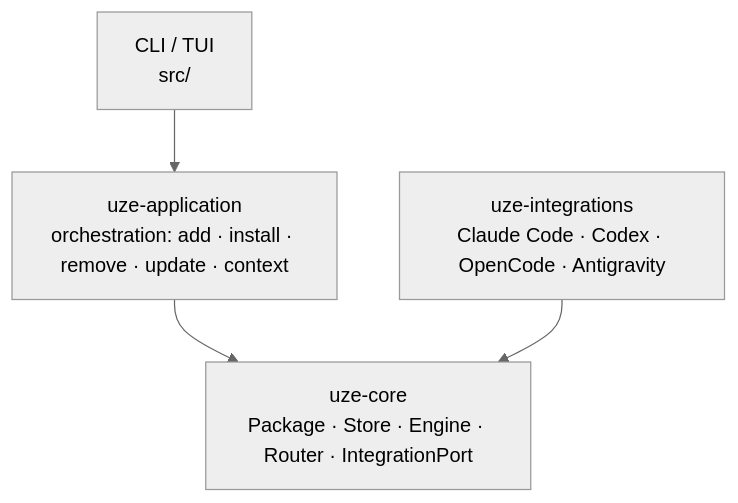
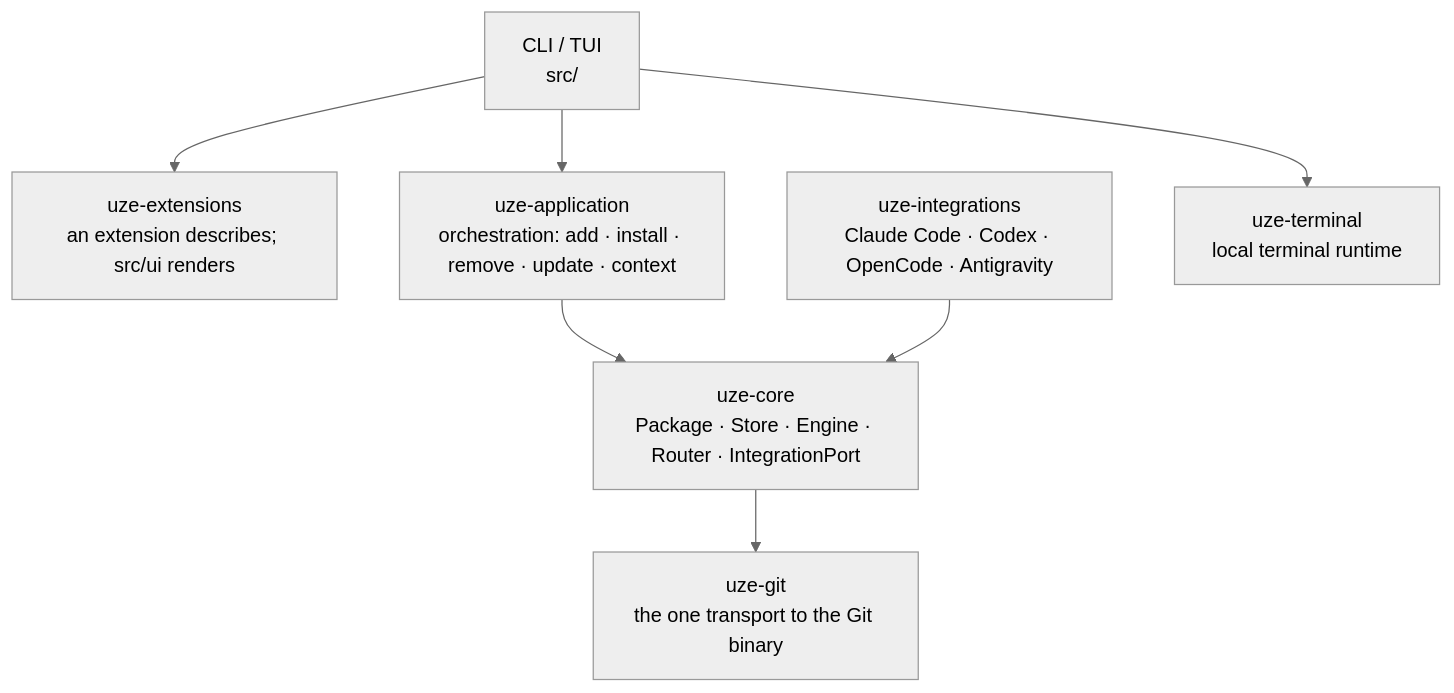
One commit to hiukky/uze changed the diagram in web/content/docs/architecture.mdx. Above: the diagram before and after it, drawn with Mermaid (neutral theme). The commit also changed other lines of this file and 16 other files, not shown here.

````diff
--- a/web/content/docs/architecture.mdx
+++ b/web/content/docs/architecture.mdx
@@ -11,10 +12,17 @@
 ```mermaid
 graph TD
     CLI["CLI / TUI<br/>src/"]
+    EXT["uze-extensions<br/>an extension describes; src/ui renders"]
     APP["uze-application<br/>orchestration: add · install · remove · update · context"]
     CORE["uze-core<br/>Package · Store · Engine · Router · IntegrationPort"]
     INTEG["uze-integrations<br/>Claude Code · Codex · OpenCode · Antigravity"]
+    TERM["uze-terminal<br/>local terminal runtime"]
+    GIT["uze-git<br/>the one transport to the Git binary"]
 
-    CLI --> APP --> CORE
+    CLI --> EXT
+    CLI --> APP
+    CLI --> TERM
+    APP --> CORE
     INTEG --> CORE
+    CORE --> GIT
 ```
````
